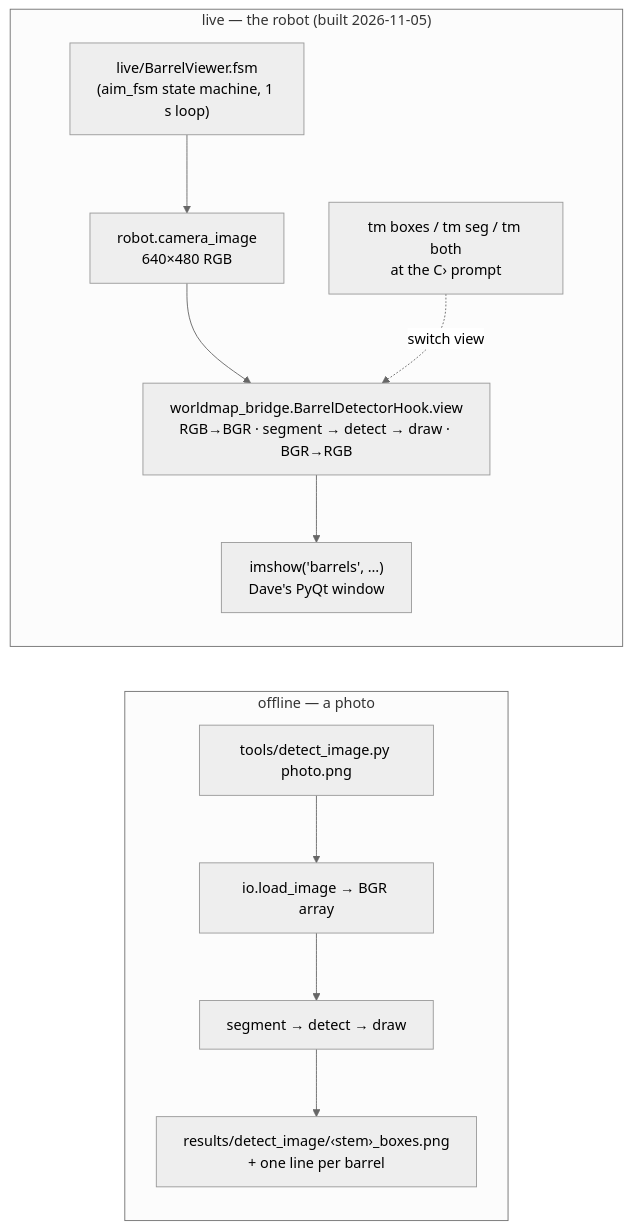
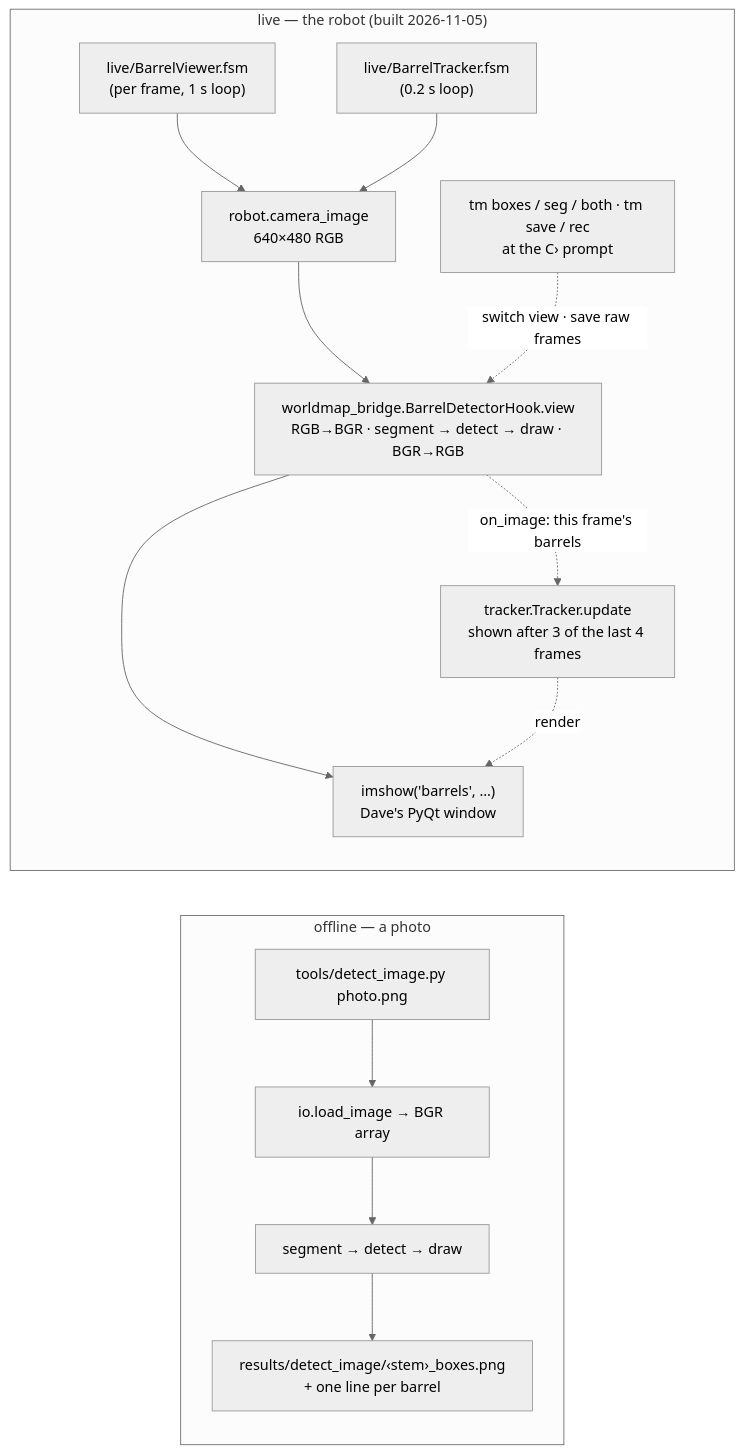
One commit to Tanush-A/vex-aim-tools-barrels changed the second of 3 diagrams in barrels/docs/ARCHITECTURE.md. Above: the diagram before and after it, drawn with Mermaid (neutral theme). The commit also changed other lines of this file and 30 other files, not shown here.

````diff
--- a/barrels/docs/ARCHITECTURE.md
+++ b/barrels/docs/ARCHITECTURE.md
@@ -46,10 +46,12 @@
 ```mermaid
 flowchart LR
     subgraph OFFLINE["offline — a photo"]
         A1["tools/detect_image.py photo.png"] --> A2["io.load_image → BGR array"] --> CHAIN1["segment → detect → draw"] --> A3["results/detect_image/‹stem›_boxes.png<br/>+ one line per barrel"]
     end
     subgraph LIVE["live — the robot (built 2026-11-05)"]
-        B1["live/BarrelViewer.fsm<br/>(aim_fsm state machine, 1 s loop)"] --> B2["robot.camera_image<br/>640×480 RGB"] --> B3["worldmap_bridge.BarrelDetectorHook.view<br/>RGB→BGR · segment → detect → draw · BGR→RGB"] --> B4["imshow('barrels', …)<br/>Dave's PyQt window"]
-        B5["tm boxes / tm seg / tm both<br/>at the C› prompt"] -.switch view.-> B3
+        B1["live/BarrelViewer.fsm<br/>(per frame, 1 s loop)"] --> B2["robot.camera_image<br/>640×480 RGB"] --> B3["worldmap_bridge.BarrelDetectorHook.view<br/>RGB→BGR · segment → detect → draw · BGR→RGB"] --> B4["imshow('barrels', …)<br/>Dave's PyQt window"]
+        B6["live/BarrelTracker.fsm<br/>(0.2 s loop)"] --> B2
+        B3 -. on_image: this frame's barrels .-> B7["tracker.Tracker.update<br/>shown after 3 of the last 4 frames"] -. render .-> B4
+        B5["tm boxes / seg / both · tm save / rec<br/>at the C› prompt"] -.switch view · save raw frames.-> B3
     end
 ```
````
